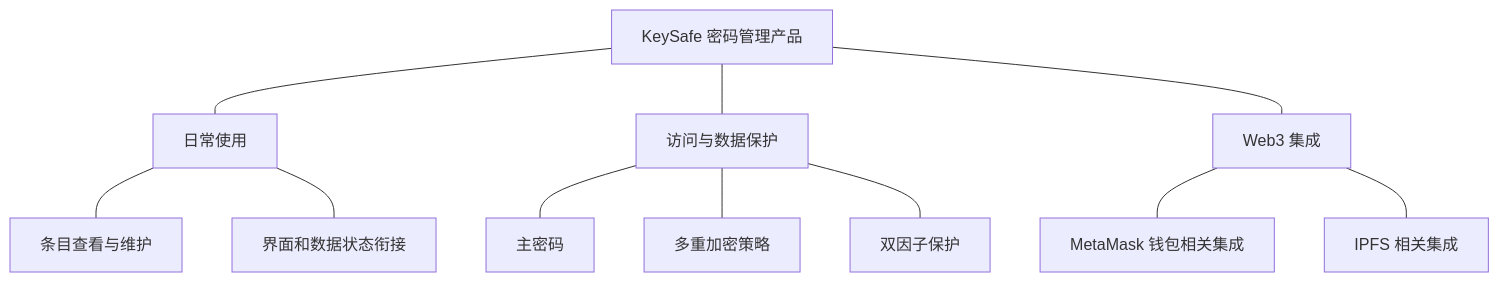
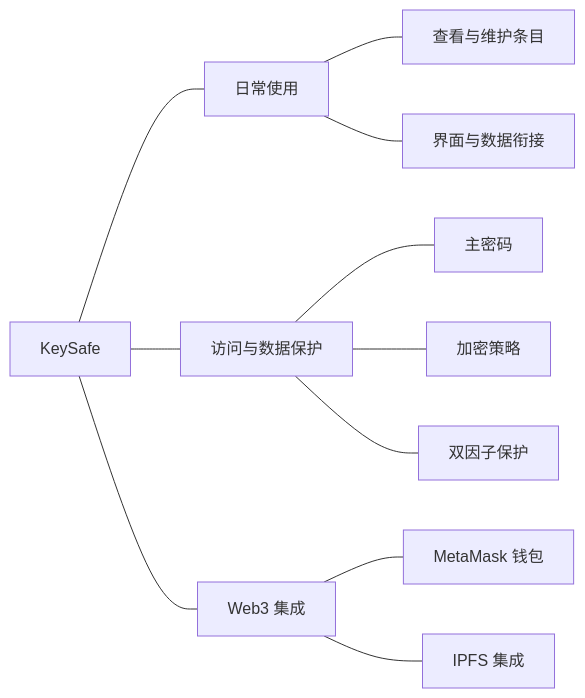
Before and after one commit to cytlabs/personal-site: the first of 2 diagrams in content/cases/keysafe-password-manager.md, drawn with Mermaid. The commit also changed other lines of this file and 17 other files, not shown here.

First line of the commit message:
统一图表排版、主题和大图查看 (#15)

````diff
--- a/content/cases/keysafe-password-manager.md
+++ b/content/cases/keysafe-password-manager.md
@@ -17,13 +17,13 @@
 ```mermaid
-flowchart TD
-    P["KeySafe 密码管理产品"] --- U["日常使用"]
+flowchart LR
+    P["KeySafe"] --- U["日常使用"]
     P --- S["访问与数据保护"]
     P --- I["Web3 集成"]
-    U --- V["条目查看与维护"]
-    U --- D["界面和数据状态衔接"]
+    U --- V["查看与维护条目"]
+    U --- D["界面与数据衔接"]
     S --- M["主密码"]
-    S --- E["多重加密策略"]
+    S --- E["加密策略"]
     S --- T["双因子保护"]
-    I --- W["MetaMask 钱包相关集成"]
-    I --- F["IPFS 相关集成"]
+    I --- W["MetaMask 钱包"]
+    I --- F["IPFS 集成"]
 ```
````
